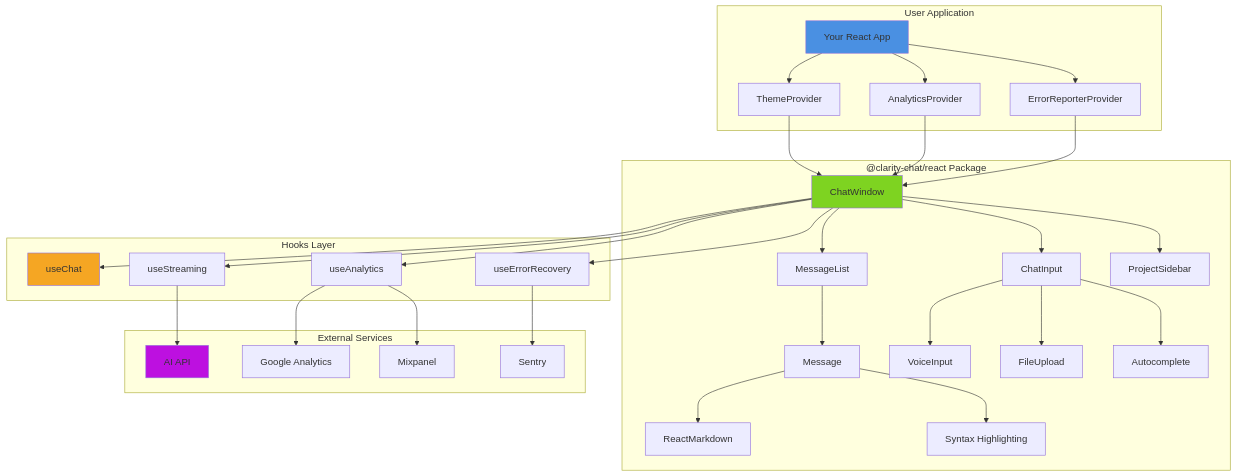
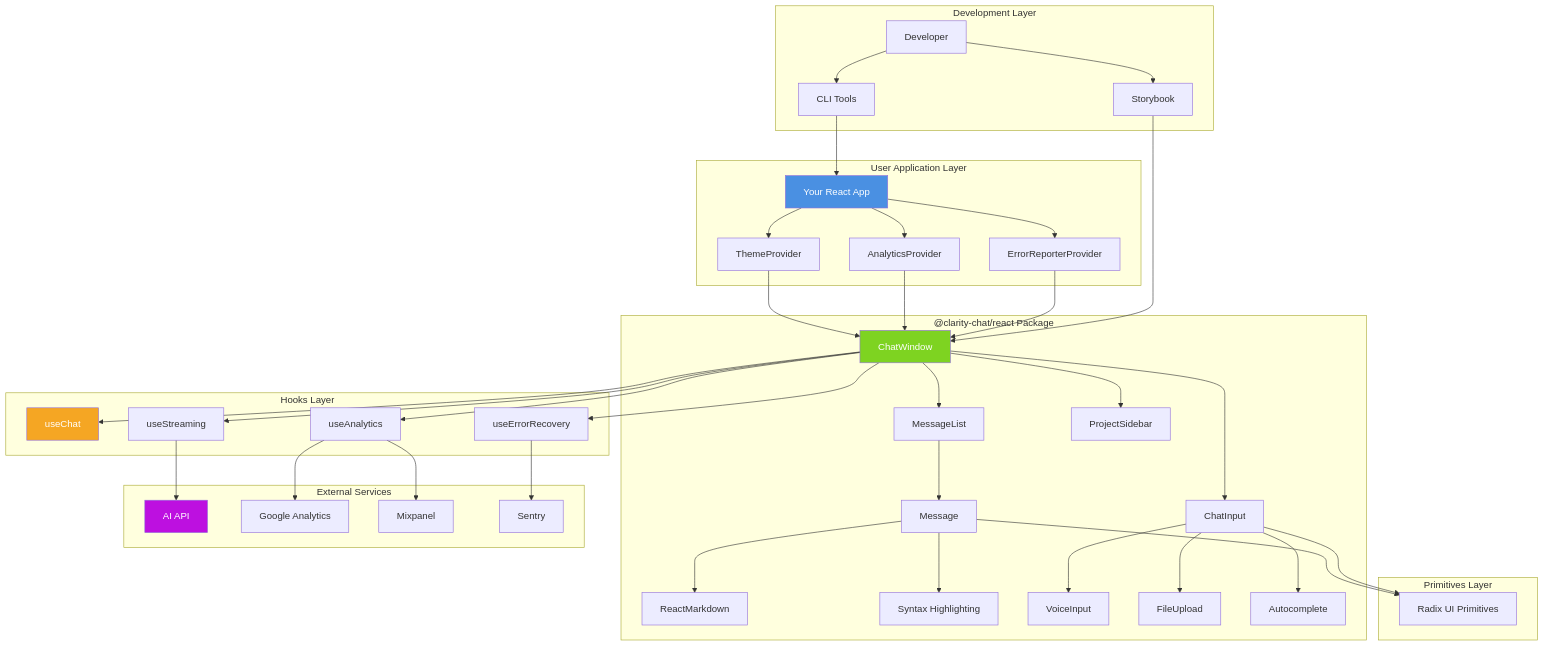
The first of 19 diagrams in docs/architecture/overview.md (christireid/Clarity-ai-chat-components), drawn with Mermaid before and after one commit. The commit also changed other lines of this file and 12 other files, not shown here.

First line of the commit message:
docs: enhance all documentation with 138 comprehensive diagrams

````diff
--- a/docs/architecture/overview.md
+++ b/docs/architecture/overview.md
@@ -9,46 +9,63 @@
 ```mermaid
 graph TB
-    subgraph "User Application"
+    subgraph "Development Layer"
+        DEV[Developer]
+        CLI[CLI Tools]
+        STORY[Storybook]
+        DEV --> CLI
+        DEV --> STORY
+    end
+    
+    subgraph "User Application Layer"
         APP[Your React App]
         APP --> THEME[ThemeProvider]
         APP --> ANALYTICS[AnalyticsProvider]
         APP --> ERROR[ErrorReporterProvider]
     end
 
     subgraph "@clarity-chat/react Package"
         THEME --> WINDOW[ChatWindow]
         ANALYTICS --> WINDOW
         ERROR --> WINDOW
         
         WINDOW --> MSGLIST[MessageList]
         WINDOW --> INPUT[ChatInput]
         WINDOW --> SIDEBAR[ProjectSidebar]
         
         MSGLIST --> MSG[Message]
         MSG --> MARKDOWN[ReactMarkdown]
         MSG --> CODE[Syntax Highlighting]
         
         INPUT --> VOICE[VoiceInput]
         INPUT --> FILE[FileUpload]
         INPUT --> AUTOCOMPLETE[Autocomplete]
     end
 
     subgraph "Hooks Layer"
         WINDOW --> USECHAT[useChat]
         WINDOW --> USESTREAM[useStreaming]
         WINDOW --> USEERROR[useErrorRecovery]
         WINDOW --> USEANALYTICS[useAnalytics]
     end
+    
+    subgraph "Primitives Layer"
+        PRIM[Radix UI Primitives]
+        MSG --> PRIM
+        INPUT --> PRIM
+    end
 
     subgraph "External Services"
         USESTREAM --> API[AI API]
         USEANALYTICS --> GA[Google Analytics]
         USEANALYTICS --> MIXPANEL[Mixpanel]
         USEERROR --> SENTRY[Sentry]
     end
+    
+    CLI --> APP
+    STORY --> WINDOW
 
-    style APP fill:#4A90E2
-    style WINDOW fill:#7ED321
-    style USECHAT fill:#F5A623
-    style API fill:#BD10E0
+    style APP fill:#4A90E2,color:#fff
+    style WINDOW fill:#7ED321,color:#fff
+    style USECHAT fill:#F5A623,color:#fff
+    style API fill:#BD10E0,color:#fff
 ```
````
